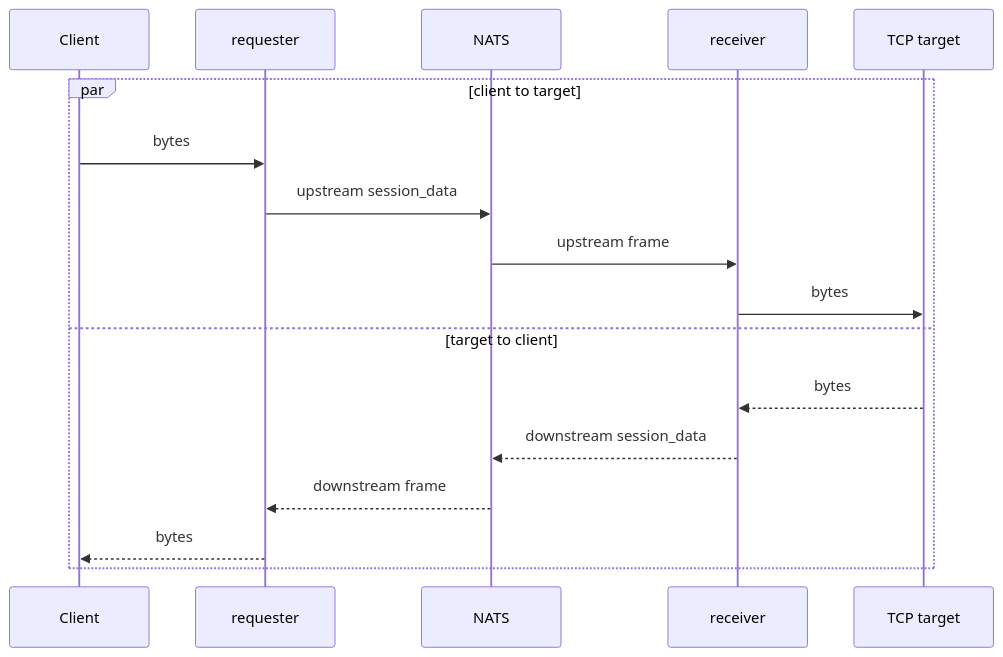
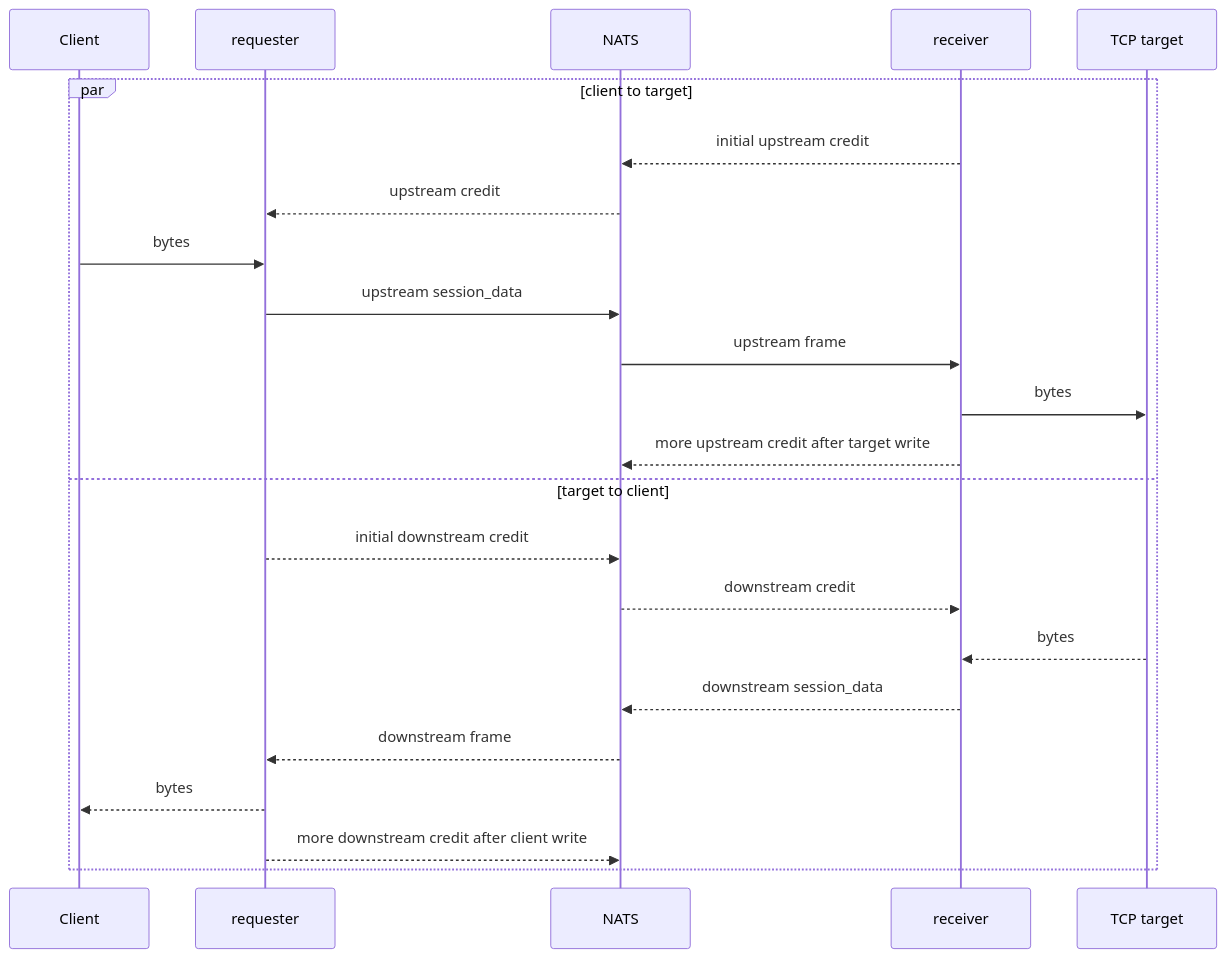
One commit to artyomb/nats-proxy changed the second of 3 diagrams in docs-site/src/content/docs/architecture/tcp-sessions.md. Above: the diagram before and after it, drawn with Mermaid. The commit also changed other lines of this file and 9 other files, not shown here.

First line of the commit message:
docs: document flow control in nats-proxy docs

````diff
--- a/docs-site/src/content/docs/architecture/tcp-sessions.md
+++ b/docs-site/src/content/docs/architecture/tcp-sessions.md
@@ -72,20 +72,26 @@
 ```mermaid
 sequenceDiagram
   participant Client
   participant Req as requester
   participant NATS
   participant Rec as receiver
   participant Target as TCP target
 
   par client to target
+    Rec-->>NATS: initial upstream credit
+    NATS-->>Req: upstream credit
     Client->>Req: bytes
     Req->>NATS: upstream session_data
     NATS->>Rec: upstream frame
     Rec->>Target: bytes
+    Rec-->>NATS: more upstream credit after target write
   and target to client
+    Req-->>NATS: initial downstream credit
+    NATS-->>Rec: downstream credit
     Target-->>Rec: bytes
     Rec-->>NATS: downstream session_data
     NATS-->>Req: downstream frame
     Req-->>Client: bytes
+    Req-->>NATS: more downstream credit after client write
   end
 ```
````
